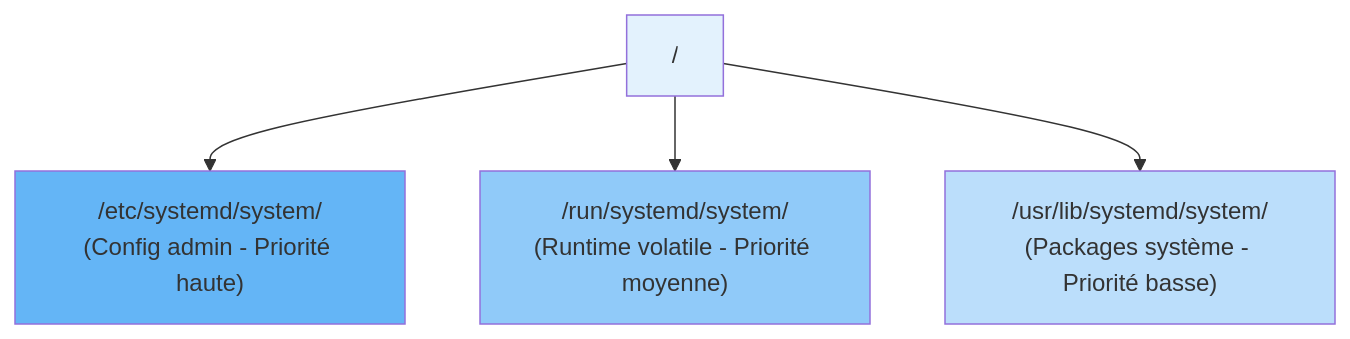
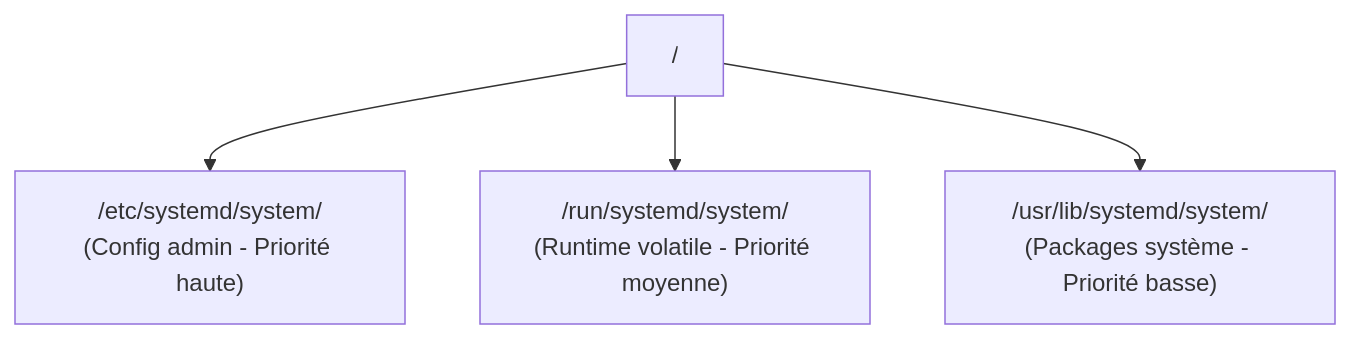
The first of 4 diagrams in docs/introduction/architecture.md (vignemail1/systemd-doc), drawn with Mermaid before and after one commit. The commit also changed other lines of this file and 2 other files, not shown here.

Commit message:
fix: mermaid font color and admonition networkctl

````diff
--- a/docs/introduction/architecture.md
+++ b/docs/introduction/architecture.md
@@ -129,16 +129,16 @@
 ```mermaid
 graph TB
     root["/"]
     etc["/etc/systemd/system/<br/>(Config admin - Priorité haute)"]
     run["/run/systemd/system/<br/>(Runtime volatile - Priorité moyenne)"]
     usr["/usr/lib/systemd/system/<br/>(Packages système - Priorité basse)"]
     
     root --> etc
     root --> run
     root --> usr
     
-    style etc fill:#64B5F6
-    style run fill:#90CAF9
-    style usr fill:#BBDEFB
-    style root fill:#E3F2FD
+    style etc fill:#64B5F6 color:#1b1b1b
+    style run fill:#90CAF9 color:#1b1b1b
+    style usr fill:#BBDEFB color:#1b1b1b
+    style root fill:#E3F2FD color:#1b1b1b
 ```
````
